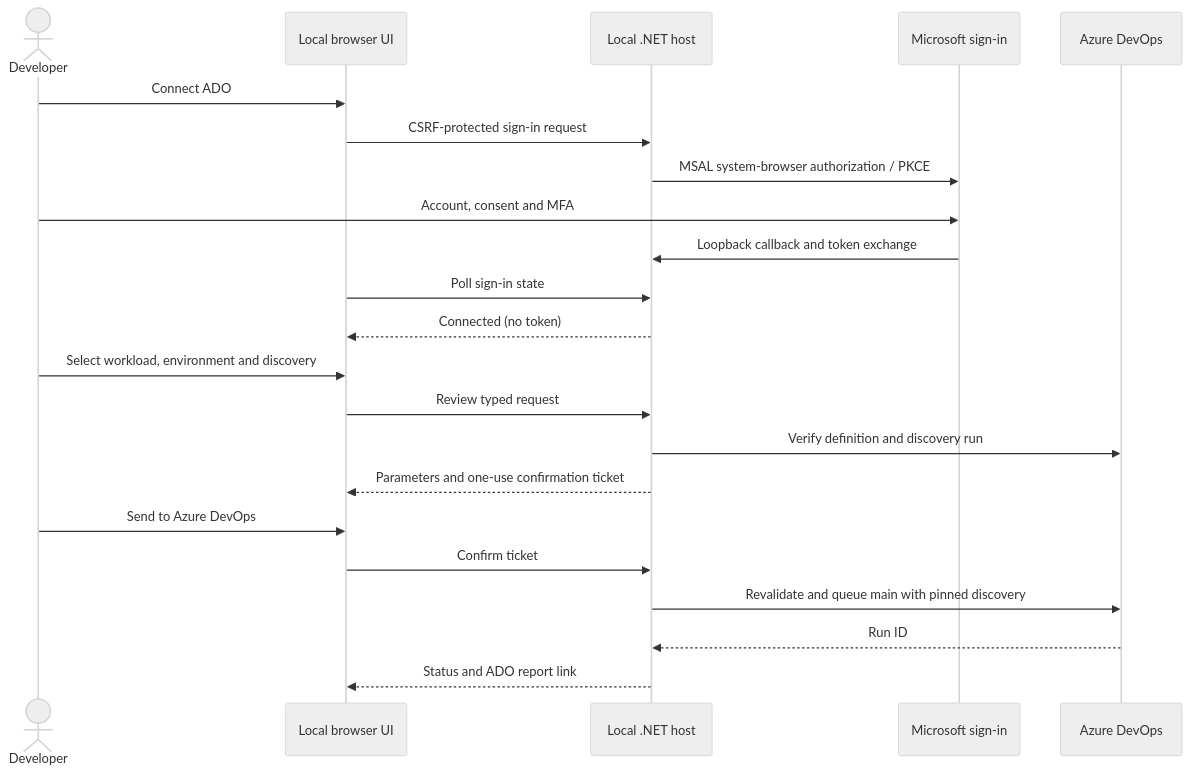
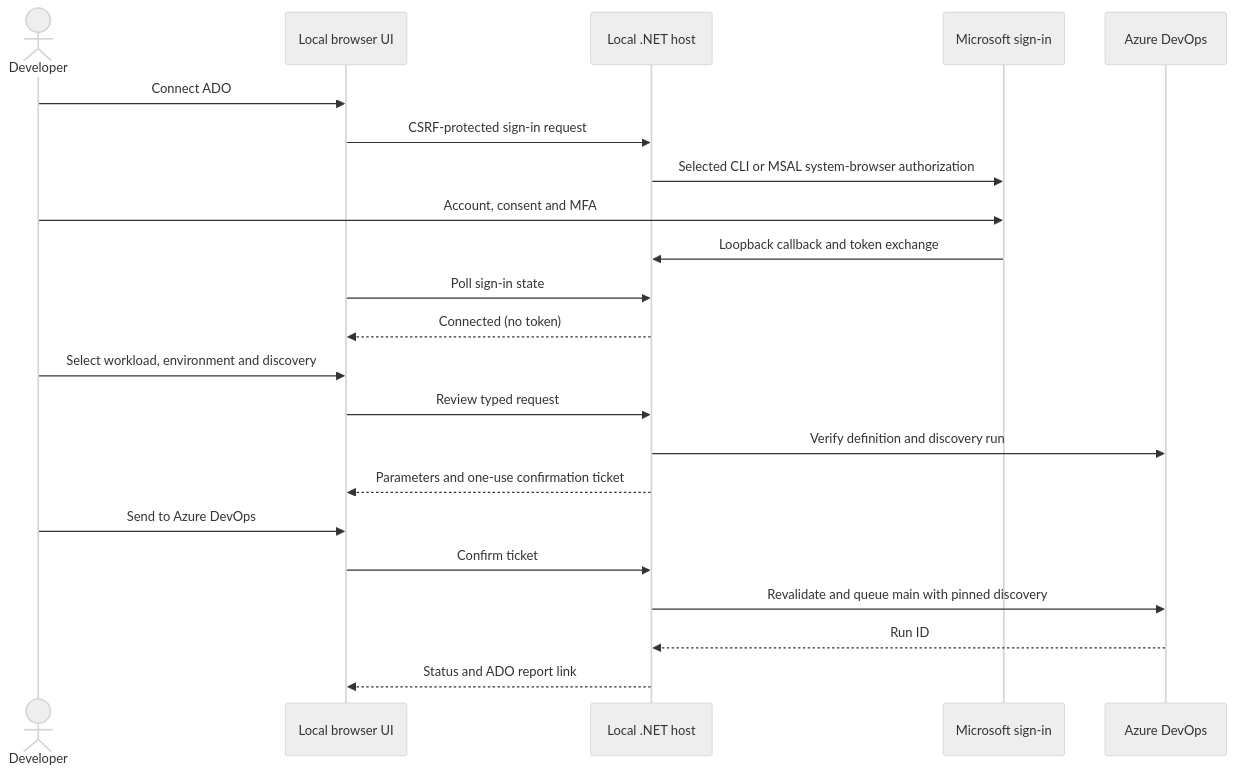
Before and after one commit to Enetact/Bicep: the diagram in docs/local-portal.md, drawn with Mermaid (neutral theme). The commit also changed other lines of this file and 16 other files, not shown here.

````diff
--- a/docs/local-portal.md
+++ b/docs/local-portal.md
@@ -137,24 +159,24 @@
 ```mermaid
 sequenceDiagram
     actor Developer
     participant UI as Local browser UI
     participant Host as Local .NET host
     participant Entra as Microsoft sign-in
     participant ADO as Azure DevOps
     Developer->>UI: Connect ADO
     UI->>Host: CSRF-protected sign-in request
-    Host->>Entra: MSAL system-browser authorization / PKCE
+    Host->>Entra: Selected CLI or MSAL system-browser authorization
     Developer->>Entra: Account, consent and MFA
     Entra->>Host: Loopback callback and token exchange
     UI->>Host: Poll sign-in state
     Host-->>UI: Connected (no token)
     Developer->>UI: Select workload, environment and discovery
     UI->>Host: Review typed request
     Host->>ADO: Verify definition and discovery run
     Host-->>UI: Parameters and one-use confirmation ticket
     Developer->>UI: Send to Azure DevOps
     UI->>Host: Confirm ticket
     Host->>ADO: Revalidate and queue main with pinned discovery
     ADO-->>Host: Run ID
     Host-->>UI: Status and ADO report link
 ```
````
